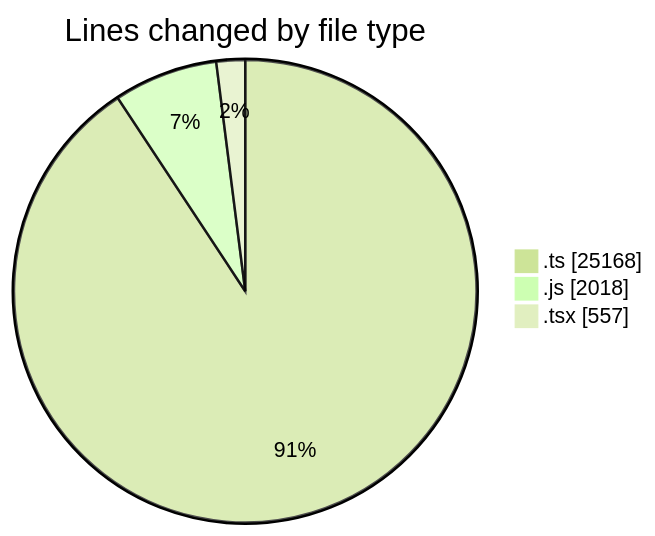
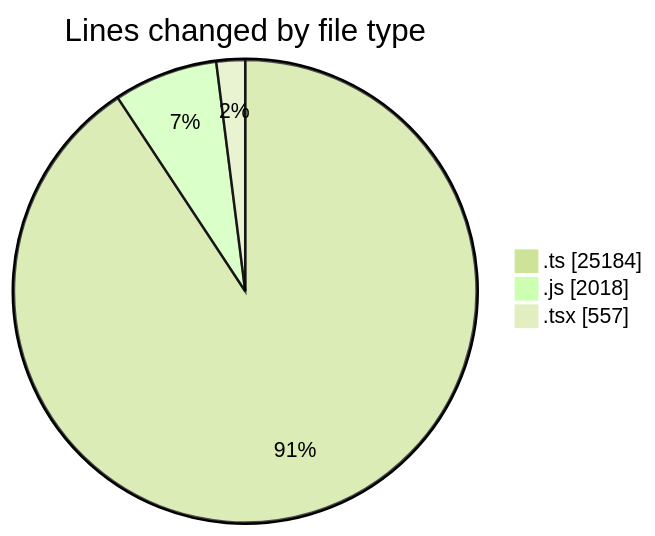
The first of 2 diagrams in 2025-06-20/cda/README.md (momahboobian/code-tracking), drawn with Mermaid (forest theme) before and after one commit. The commit also changed other lines of this file and 1 other file, not shown here.

````diff
--- a/2025-06-20/cda/README.md
+++ b/2025-06-20/cda/README.md
@@ -40,7 +40,7 @@
 ```mermaid
 pie showData
 title Lines changed by file type
-".ts" : 25168
+".ts" : 25184
 ".js" : 2018
 ".tsx" : 557
 ```
````
